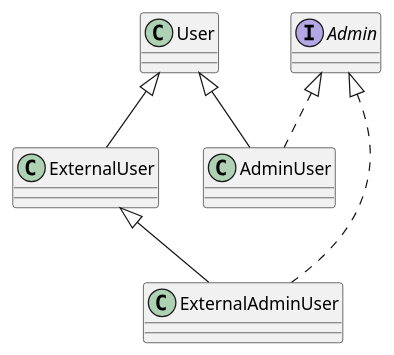
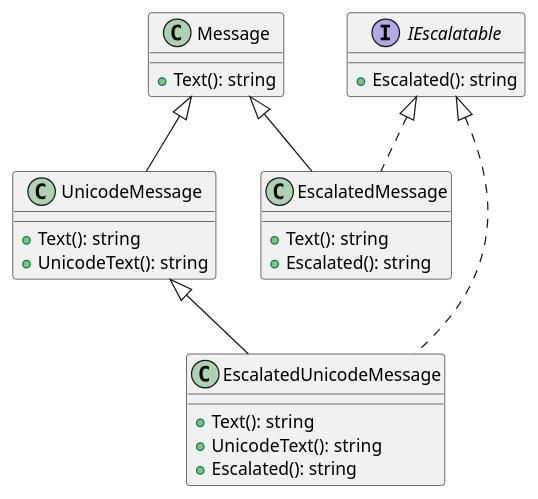
One commit to hsro-inf-prg3/hsro-inf-prg3.github.io changed the second of 2 diagrams in assets/mixin-diamond.plantuml. Above: the diagram before and after it, drawn with PlantUML. The commit also changed other lines of this file and 8 other files, not shown here.

```diff
--- a/assets/mixin-diamond.plantuml
+++ b/assets/mixin-diamond.plantuml
@@ -17,23 +20,27 @@
 @startuml mixin-diamond-2
 
-class User {
-	
+class Message {
+	+Text(): string
 }
 
-interface Admin {
-	
+interface IEscalatable {
+	+Escalated(): string
 }
 
-class AdminUser extends User implements Admin {
-	
+class EscalatedMessage extends Message implements IEscalatable{
+	+Text(): string
+	+Escalated(): string
 }
 
-class ExternalUser extends User {
-	
+class UnicodeMessage extends Message {
+	+Text(): string
+	+UnicodeText(): string
 }
 
-class ExternalAdminUser extends ExternalUser implements Admin {
-	
+class EscalatedUnicodeMessage extends UnicodeMessage implements IEscalatable {
+	+Text(): string
+	+UnicodeText(): string
+	+Escalated(): string
 }
 
 @enduml
```
